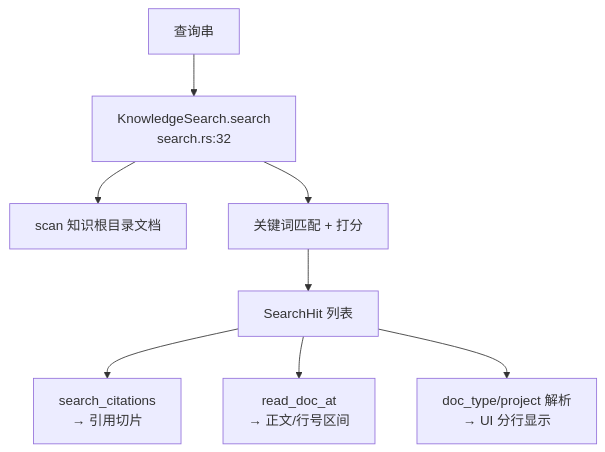
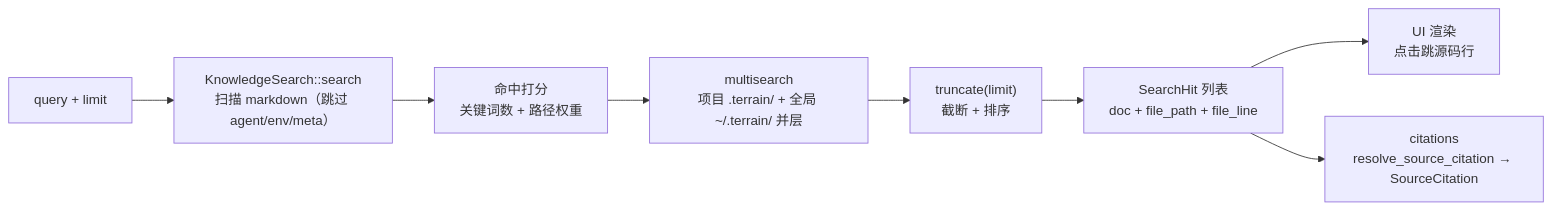
One commit to sopaco/terrain changed the diagram in .terrain/human/4.Deep-Exploration/search.md. Above: the diagram before and after it, drawn with Mermaid. The commit also changed other lines of this file and 29 other files, not shown here.

````diff
--- a/.terrain/human/4.Deep-Exploration/search.md
+++ b/.terrain/human/4.Deep-Exploration/search.md
@@ -43,10 +50,10 @@
 ```mermaid
-flowchart TD
-    Q["查询串"] --> KS["KnowledgeSearch.search<br/>search.rs:32"]
-    KS --> SCAN["scan 知识根目录文档"]
-    KS --> MATCH["关键词匹配 + 打分"]
-    MATCH --> HITS["SearchHit 列表"]
-    HITS --> CIT["search_citations<br/>→ 引用切片"]
-    HITS --> READ["read_doc_at<br/>→ 正文/行号区间"]
-    HITS --> UI["doc_type/project 解析<br/>→ UI 分行显示"]
+flowchart LR
+    A["query + limit"] --> B["KnowledgeSearch::search<br/>扫描 markdown（跳过 agent/env/meta）"]
+    B --> C["命中打分<br/>关键词数 + 路径权重"]
+    C --> D["multisearch<br/>项目 .terrain/ + 全局 ~/.terrain/ 并层"]
+    D --> E["truncate(limit)<br/>截断 + 排序"]
+    E --> F["SearchHit 列表<br/>doc + file_path + file_line"]
+    F --> G["UI 渲染<br/>点击跳源码行"]
+    F --> H["citations<br/>resolve_source_citation → SourceCitation"]
 ```
````
